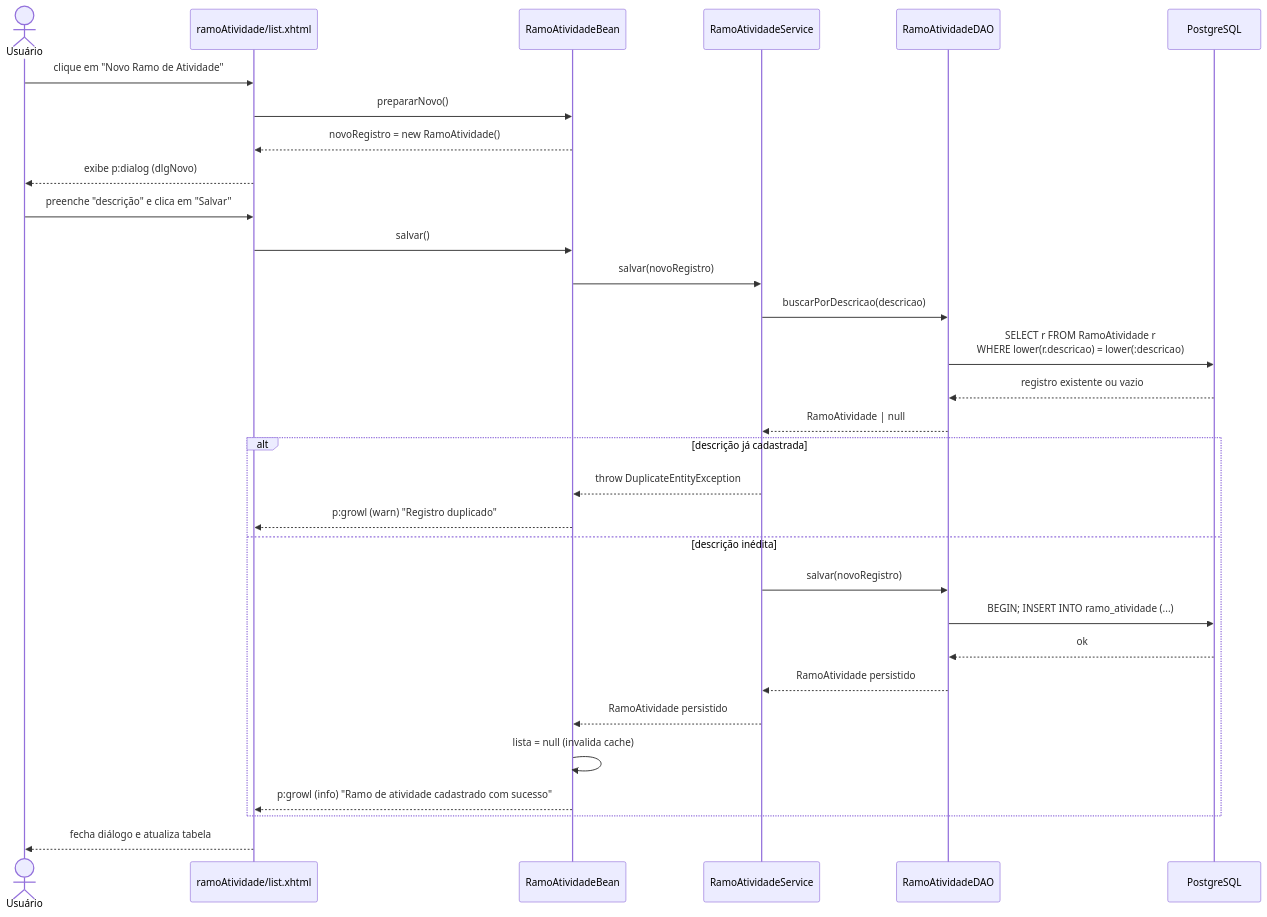
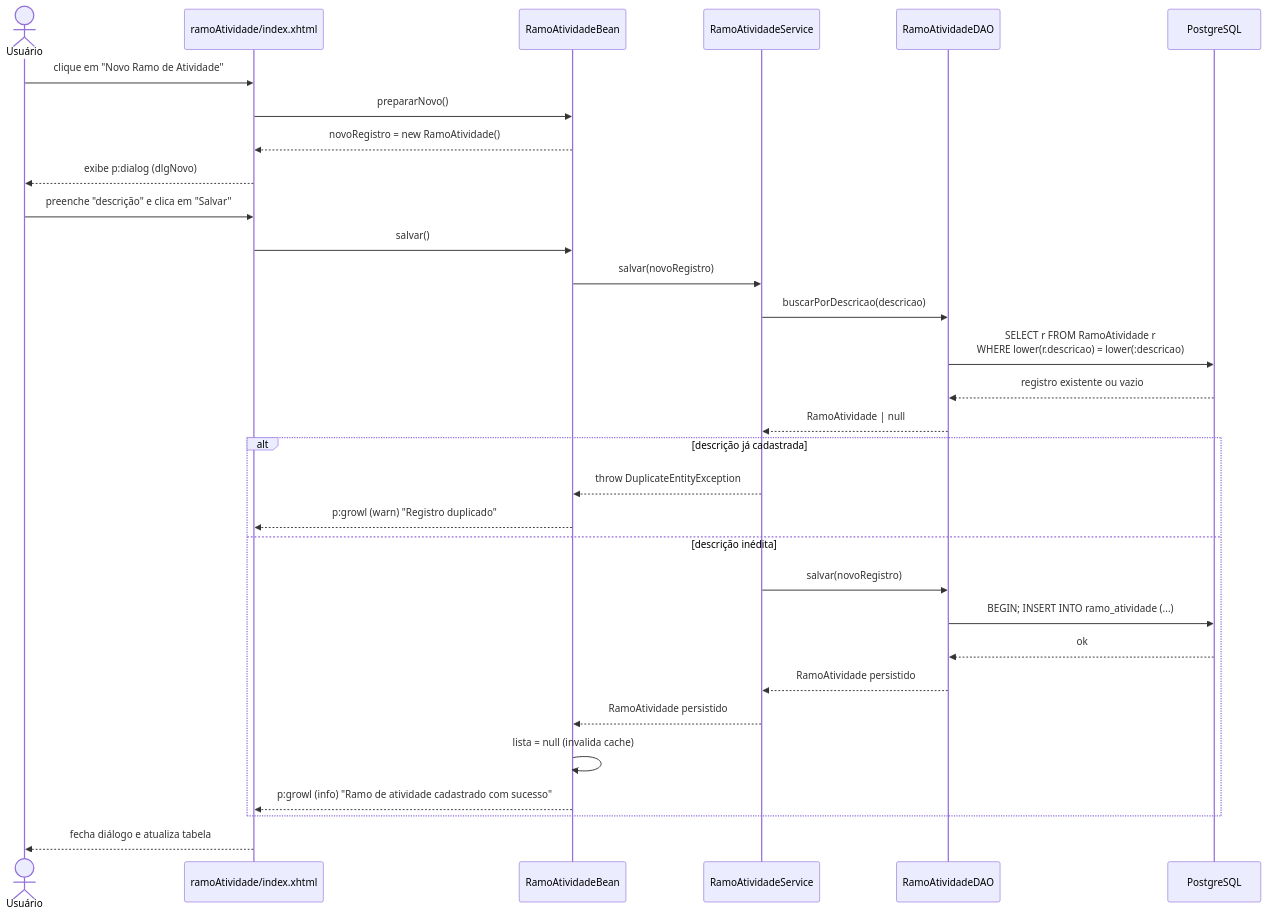
Before and after one commit to lwglg/jsf-ps-starter-app: the first of 7 diagrams in resources/docs/md/04-sequencias-principais.md, drawn with Mermaid. The commit also changed other lines of this file and 3 other files, not shown here.

````diff
--- a/resources/docs/md/04-sequencias-principais.md
+++ b/resources/docs/md/04-sequencias-principais.md
@@ -38,37 +38,37 @@
 ```mermaid
 sequenceDiagram
     actor Usuario as Usuário
-    participant View as ramoAtividade/list.xhtml
+    participant View as ramoAtividade/index.xhtml
     participant Bean as RamoAtividadeBean
     participant Service as RamoAtividadeService
     participant DAO as RamoAtividadeDAO
     participant DB as PostgreSQL
 
     Usuario->>View: clique em "Novo Ramo de Atividade"
     View->>Bean: prepararNovo()
     Bean-->>View: novoRegistro = new RamoAtividade()
     View-->>Usuario: exibe p:dialog (dlgNovo)
 
     Usuario->>View: preenche "descrição" e clica em "Salvar"
     View->>Bean: salvar()
     Bean->>Service: salvar(novoRegistro)
     Service->>DAO: buscarPorDescricao(descricao)
     DAO->>DB: SELECT r FROM RamoAtividade r <br/>WHERE lower(r.descricao) = lower(:descricao)
     DB-->>DAO: registro existente ou vazio
     DAO-->>Service: RamoAtividade | null
 
     alt descrição já cadastrada
         Service-->>Bean: throw DuplicateEntityException
         Bean-->>View: p:growl (warn) "Registro duplicado"
     else descrição inédita
         Service->>DAO: salvar(novoRegistro)
         DAO->>DB: BEGIN#59; INSERT INTO ramo_atividade (...)#59#59; COMMIT
         DB-->>DAO: ok
         DAO-->>Service: RamoAtividade persistido
         Service-->>Bean: RamoAtividade persistido
         Bean->>Bean: lista = null (invalida cache)
         Bean-->>View: p:growl (info) "Ramo de atividade cadastrado com sucesso"
     end
 
     View-->>Usuario: fecha diálogo e atualiza tabela
 ```
````
